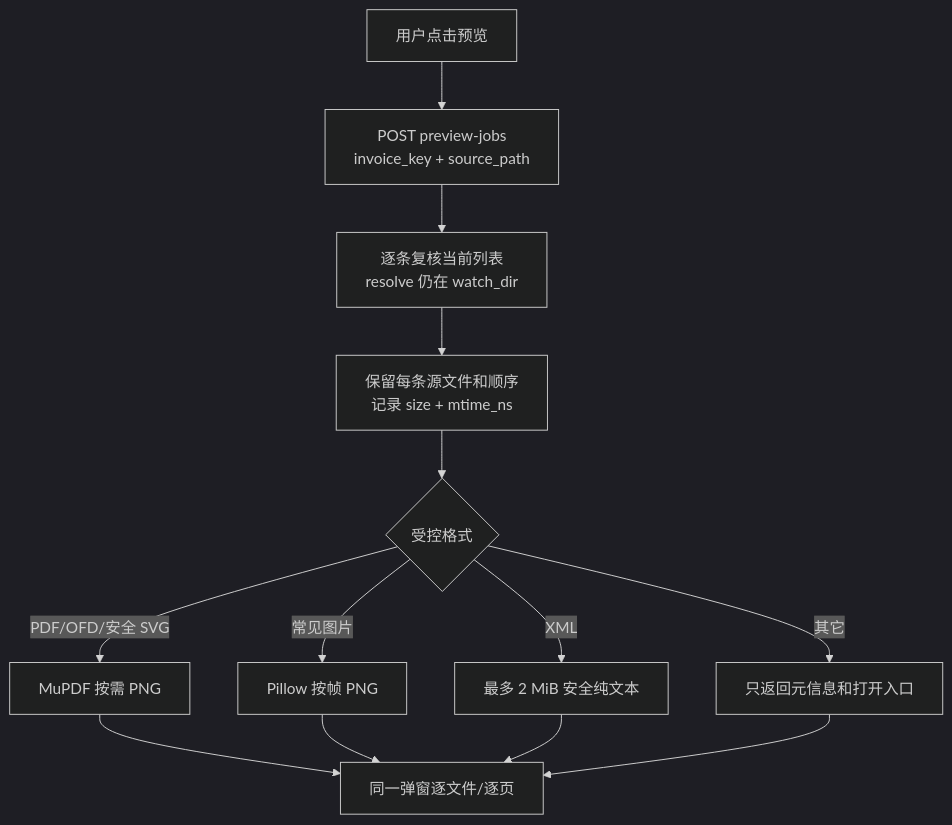
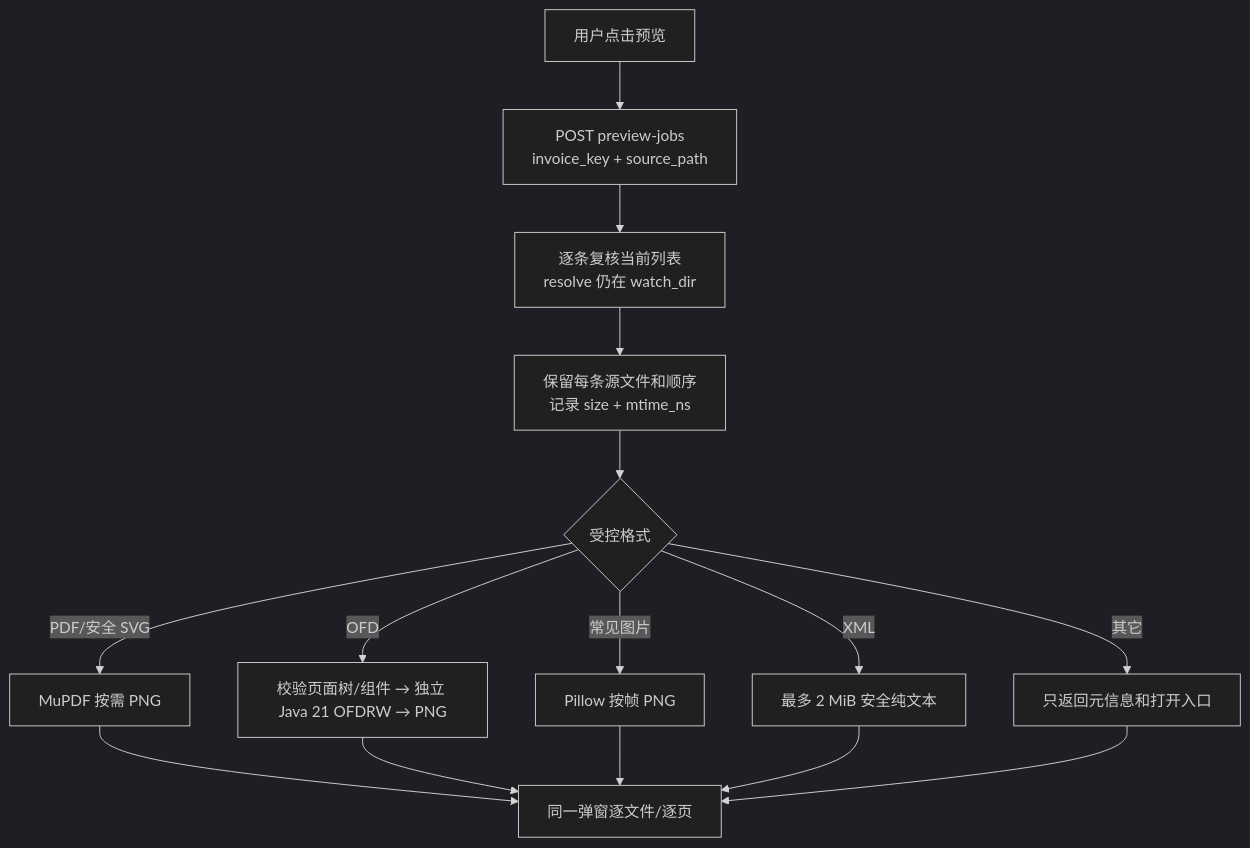
Before and after one commit to lyc1126/InvoiceHub: the ninth of 16 diagrams in docs/architecture/INTERFACES_AND_FLOWS.md, drawn with Mermaid (dark theme). The commit also changed other lines of this file and 27 other files, not shown here.

````diff
--- a/docs/architecture/INTERFACES_AND_FLOWS.md
+++ b/docs/architecture/INTERFACES_AND_FLOWS.md
@@ -529,15 +529,17 @@
 ```mermaid
 flowchart TD
     Click["用户点击预览"] --> Request["POST preview-jobs\ninvoice_key + source_path"]
     Request --> Validate["逐条复核当前列表\nresolve 仍在 watch_dir"]
     Validate --> Signature["保留每条源文件和顺序\n记录 size + mtime_ns"]
     Signature --> Type{"受控格式"}
-    Type -->|"PDF/OFD/安全 SVG"| MuPDF["MuPDF 按需 PNG"]
+    Type -->|"PDF/安全 SVG"| MuPDF["MuPDF 按需 PNG"]
+    Type -->|"OFD"| OFD["校验页面树/组件 → 独立 Java 21 OFDRW → PNG"]
     Type -->|"常见图片"| Pillow["Pillow 按帧 PNG"]
     Type -->|"XML"| Text["最多 2 MiB 安全纯文本"]
     Type -->|"其它"| Metadata["只返回元信息和打开入口"]
     MuPDF --> Modal["同一弹窗逐文件/逐页"]
+    OFD --> Modal
     Pillow --> Modal
     Text --> Modal
     Metadata --> Modal
 ```
````
